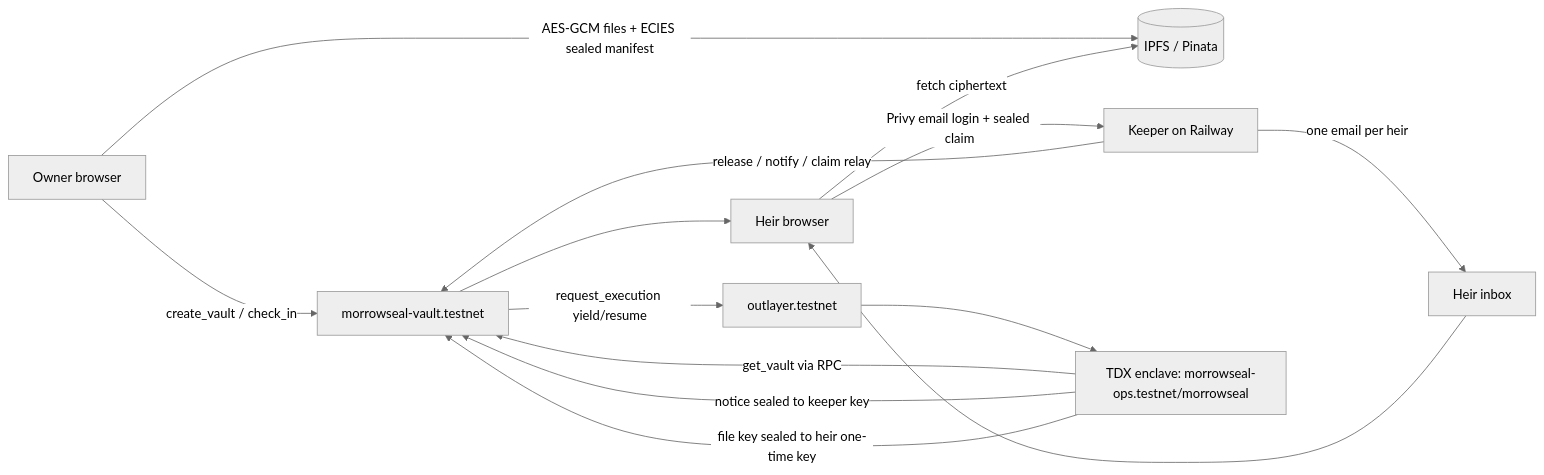
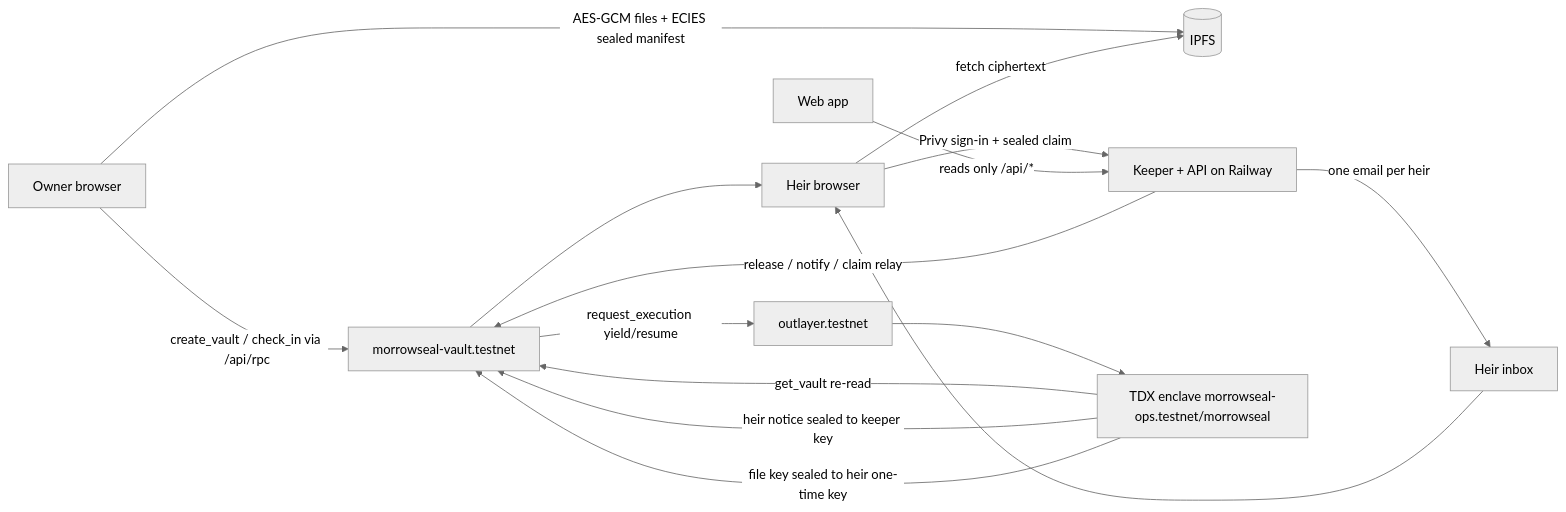
The diagram in README.md (zer0plugyut-afk/morrowseal), drawn with Mermaid (neutral theme) before and after one commit. The commit also changed other lines of this file and 49 other files, not shown here.

Commit message:
Shared with me (HMAC heir email index), owner/heir-scoped Activity with keeper events, DiceBear avatars, README for judges, fresh screenshots

````diff
--- a/README.md
+++ b/README.md
@@ -54,14 +30,16 @@
 ```mermaid
 flowchart LR
-  B[Owner browser] -- AES-GCM files + ECIES sealed manifest --> I[(IPFS / Pinata)]
-  B -- create_vault / check_in --> C[morrowseal-vault.testnet]
-  K[Keeper on Railway] -- release / notify / claim relay --> C
+  B[Owner browser] -- AES-GCM files + ECIES sealed manifest --> I[(IPFS)]
+  B -- create_vault / check_in via /api/rpc --> C[morrowseal-vault.testnet]
+  K[Keeper + API on Railway] -- release / notify / claim relay --> C
   C -- request_execution yield/resume --> O[outlayer.testnet]
-  O --> T[TDX enclave: morrowseal-ops.testnet/morrowseal]
-  T -- get_vault via RPC --> C
-  T -- notice sealed to keeper key --> C
+  O --> T[TDX enclave morrowseal-ops.testnet/morrowseal]
+  T -- get_vault re-read --> C
+  T -- heir notice sealed to keeper key --> C
   K -- one email per heir --> H[Heir inbox]
-  H --> HB[Heir browser] -- Privy email login + sealed claim --> K
+  H --> HB[Heir browser]
+  HB -- Privy sign-in + sealed claim --> K
   T -- file key sealed to heir one-time key --> C --> HB
   HB -- fetch ciphertext --> I
+  W[Web app] -- reads only /api/* --> K
 ```
````
